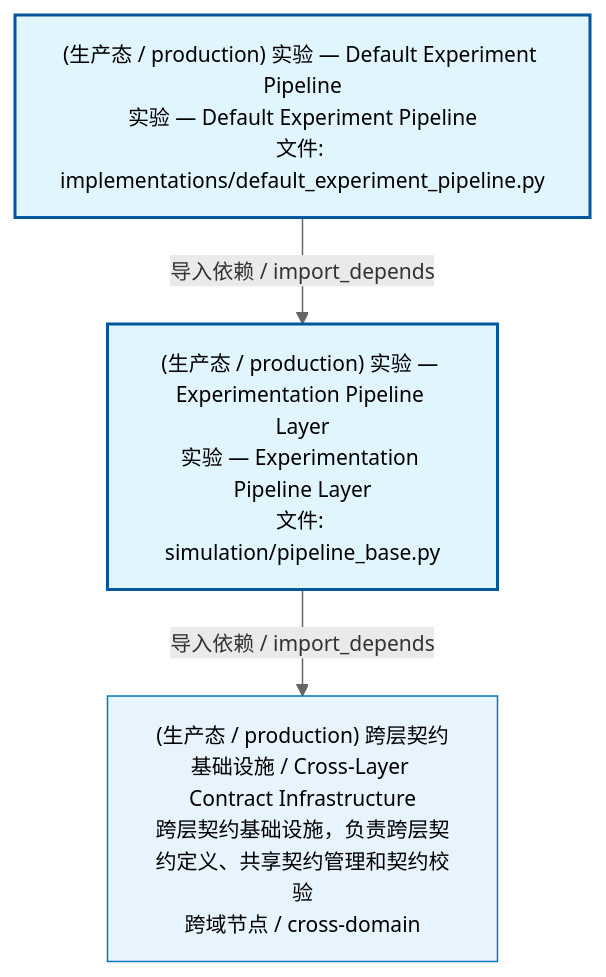
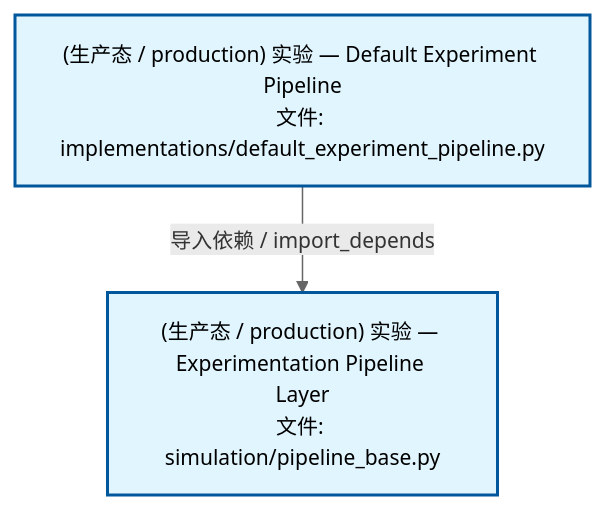
The second of 4 diagrams in docs/02_enterprise_architecture/02_domain_architecture_docs/70_d_simulation.md (xuanFelixVan/ZephyrAlpha), drawn with Mermaid before and after one commit. The commit also changed other lines of this file and 77 other files, not shown here.

````diff
--- a/docs/02_enterprise_architecture/02_domain_architecture_docs/70_d_simulation.md
+++ b/docs/02_enterprise_architecture/02_domain_architecture_docs/70_d_simulation.md
@@ -53,15 +95,12 @@
 ```mermaid
 %%{init: {'theme': 'base', 'themeVariables': {'primaryColor': '#eaeaea', 'primaryTextColor': '#333333', 'primaryBorderColor': '#666666', 'lineColor': '#666666', 'secondaryColor': '#eaeaea', 'tertiaryColor': '#eaeaea', 'fontSize': '14px'}}}%%
 flowchart TD
-    src_zephyr_simulation_implementations_default_experiment_pipeline_py["(生产态 / production) 实验 — Default Experiment Pipeline<br/>实验 — Default Experiment Pipeline<br/>文件: implementations/default_experiment_pipeline.py"]
-    src_zephyr_simulation_pipeline_base_py["(生产态 / production) 实验 — Experimentation Pipeline Layer<br/>实验 — Experimentation Pipeline Layer<br/>文件: simulation/pipeline_base.py"]
+    src_zephyr_simulation_implementations_default_experiment_pipeline_py["(生产态 / production) 实验 — Default Experiment Pipeline<br/>文件: implementations/default_experiment_pipeline.py"]
+    src_zephyr_simulation_pipeline_base_py["(生产态 / production) 实验 — Experimentation Pipeline Layer<br/>文件: simulation/pipeline_base.py"]
     src_zephyr_simulation_implementations_default_experiment_pipeline_py -->|导入依赖 / import_depends| src_zephyr_simulation_pipeline_base_py
-    D_INFRASTRUCTURE["(生产态 / production) 跨层契约基础设施 / Cross-Layer Contract Infrastructure<br/>跨层契约基础设施，负责跨层契约定义、共享契约管理和契约校验<br/>跨域节点 / cross-domain"]
-    src_zephyr_simulation_pipeline_base_py -->|导入依赖 / import_depends| D_INFRASTRUCTURE
     classDef production fill:#e1f5fe,stroke:#01579b,stroke-width:2px,color:#000
     classDef design fill:#fff3e0,stroke:#e65100,stroke-width:2px,color:#000,stroke-dasharray: 5 5
     classDef external_prod fill:#e8f4fd,stroke:#0277bd,stroke-width:1px,color:#000
     classDef external_design fill:#fff8e7,stroke:#ef6c00,stroke-width:1px,color:#000,stroke-dasharray: 5 5
     class src_zephyr_simulation_implementations_default_experiment_pipeline_py,src_zephyr_simulation_pipeline_base_py production
-    class D_INFRASTRUCTURE external_prod
 ```
````
